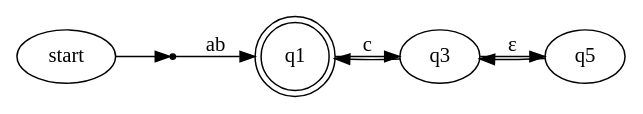
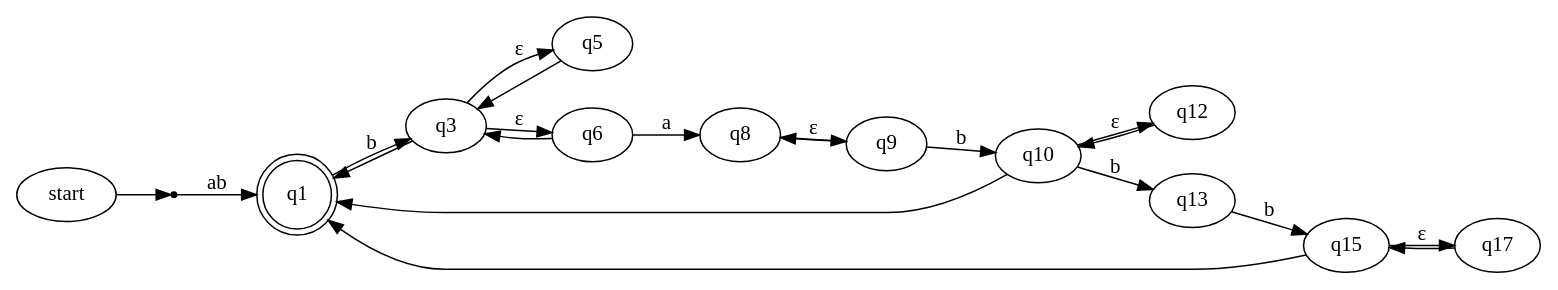
Before and after one commit to J2517/generadorAutomata: the diagram in automaton.dot, drawn with Graphviz. The commit also changed 4 other files, not shown here.

```diff
--- a/automaton.dot
+++ b/automaton.dot
@@ -1,11 +1,25 @@
 digraph G {
   rankdir=LR;
   q0 [shape=point];
   start -> q0;
   q1 [shape=doublecircle];
   q0 -> q1 [label="ab"];
-  q1 -> q3 [label="c"];
+  q1 -> q3 [label="b"];
   q3 -> q1;
   q3 -> q5 [label="ε"];
   q5 -> q3;
+  q3 -> q6 [label="ε"];
+  q6 -> q3;
+  q6 -> q8 [label="a"];
+  q8 -> q9 [label="ε"];
+  q9 -> q8;
+  q9 -> q10 [label="b"];
+  q10 -> q1;
+  q10 -> q12 [label="ε"];
+  q12 -> q10;
+  q10 -> q13 [label="b"];
+  q13 -> q15 [label="b"];
+  q15 -> q1;
+  q15 -> q17 [label="ε"];
+  q17 -> q15;
 }
```
